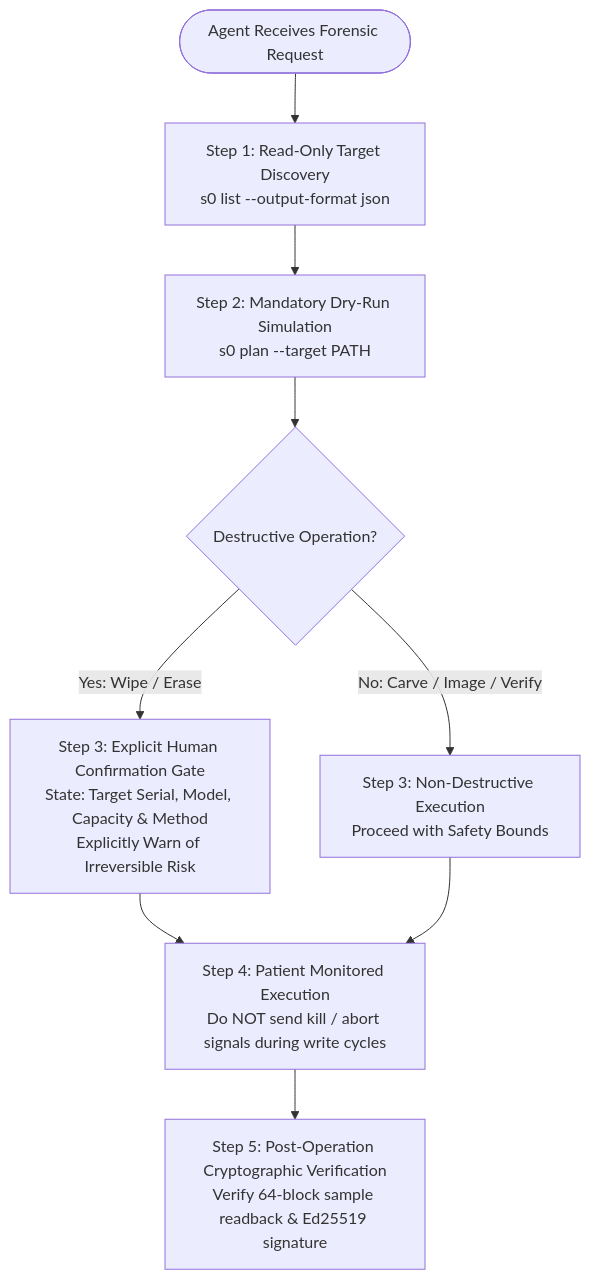
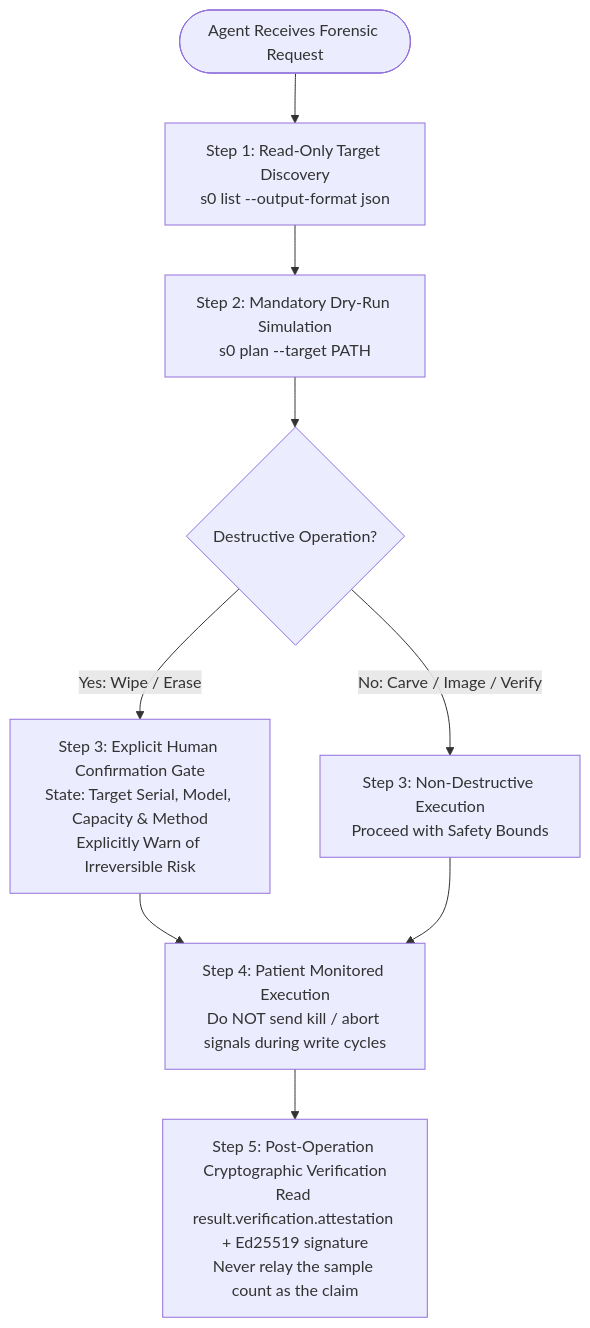
Before and after one commit to kartik2005221/s0: the diagram in docs/project/agentic-ai.md, drawn with Mermaid. The commit also changed other lines of this file and 6 other files, not shown here.

````diff
--- a/docs/project/agentic-ai.md
+++ b/docs/project/agentic-ai.md
@@ -26,14 +26,14 @@
 ```mermaid
 flowchart TD
     A([Agent Receives Forensic Request]) --> B[Step 1: Read-Only Target Discovery<br>s0 list --output-format json]
     B --> C[Step 2: Mandatory Dry-Run Simulation<br>s0 plan --target PATH]
     C --> D{Destructive Operation?}
     
     D -->|Yes: Wipe / Erase| E[Step 3: Explicit Human Confirmation Gate<br>State: Target Serial, Model, Capacity & Method<br>Explicitly Warn of Irreversible Risk]
     D -->|No: Carve / Image / Verify| F[Step 3: Non-Destructive Execution<br>Proceed with Safety Bounds]
     
     E --> G[Step 4: Patient Monitored Execution<br>Do NOT send kill / abort signals during write cycles]
     F --> G
     
-    G --> H[Step 5: Post-Operation Cryptographic Verification<br>Verify 64-block sample readback & Ed25519 signature]
+    G --> H[Step 5: Post-Operation Cryptographic Verification<br>Read result.verification.attestation + Ed25519 signature<br>Never relay the sample count as the claim]
 ```
````
